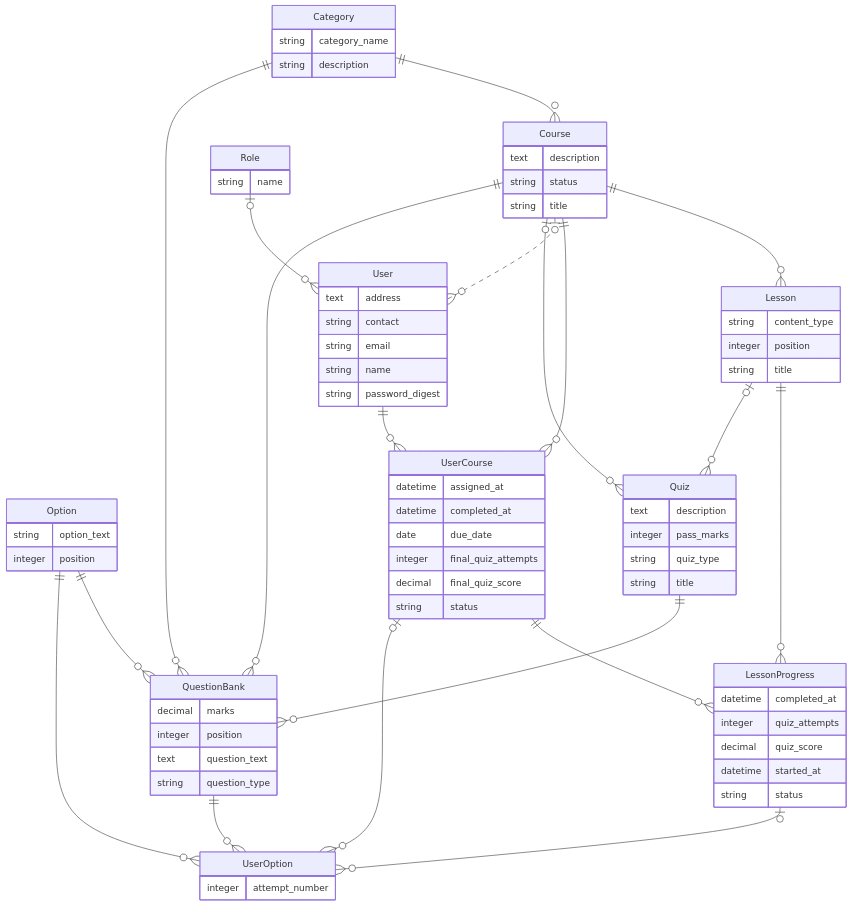
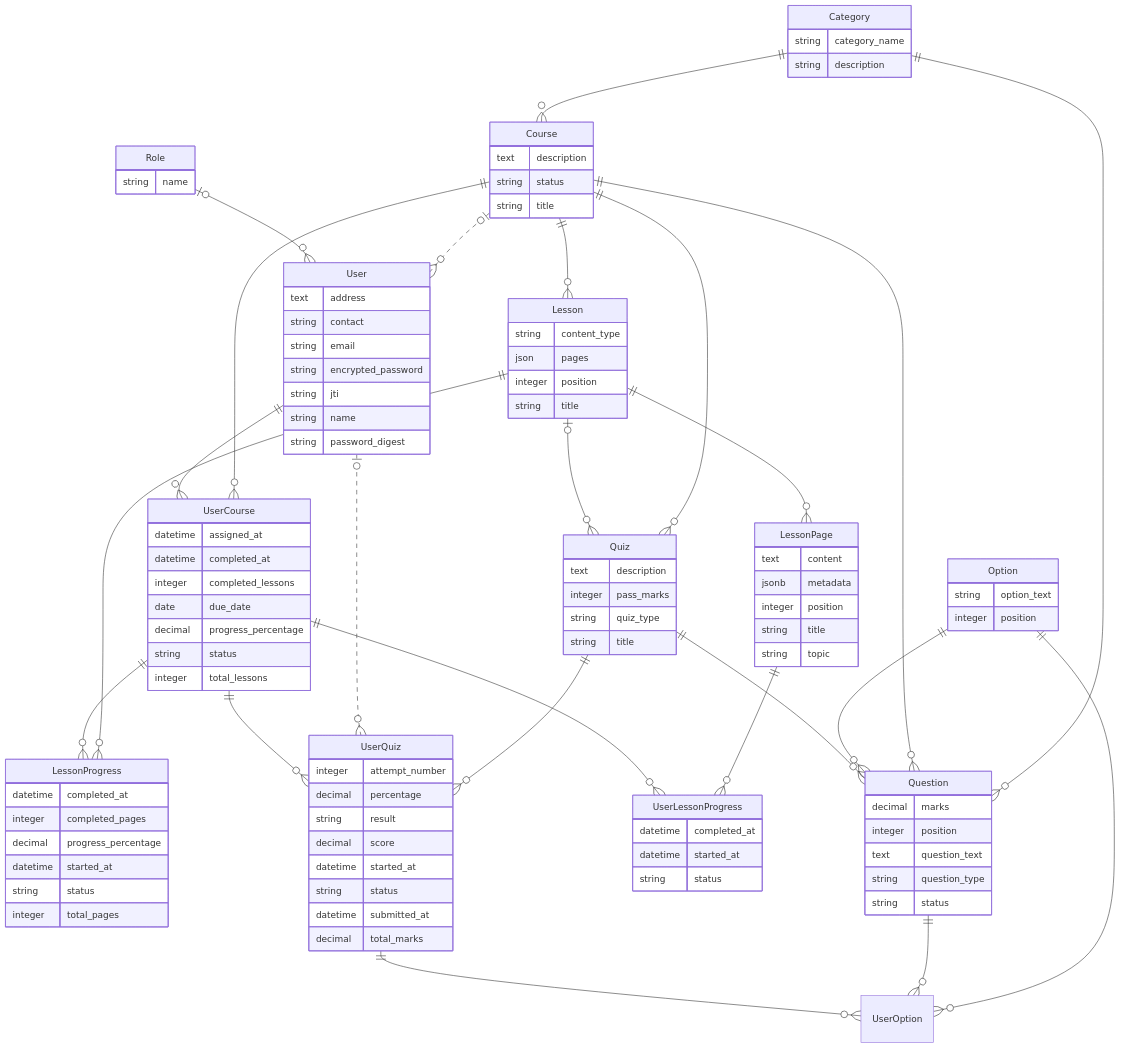
Before and after one commit to aayushisCode/Learning-Management-System---Ruby-On-Rails: the diagram in erd.mmd, drawn with Mermaid. The commit also changed 96 other files, not shown here.

```diff
--- a/erd.mmd
+++ b/erd.mmd
@@ -1,78 +1,110 @@
 erDiagram
 	direction TB
 	Category {
 		string category_name
 		string description
 	}
 	Course {
 		text description
 		string status
 		string title
 	}
 	Lesson {
 		string content_type
+		json pages
 		integer position
 		string title
 	}
+	LessonPage {
+		text content
+		jsonb metadata
+		integer position
+		string title
+		string topic
+	}
 	LessonProgress {
 		datetime completed_at
-		integer quiz_attempts
-		decimal quiz_score
+		integer completed_pages
+		decimal progress_percentage
 		datetime started_at
 		string status
+		integer total_pages
 	}
 	Option {
 		string option_text
 		integer position
 	}
-	QuestionBank {
+	Question {
 		decimal marks
 		integer position
 		text question_text
 		string question_type
+		string status
 	}
 	Quiz {
 		text description
 		integer pass_marks
 		string quiz_type
 		string title
 	}
 	Role {
 		string name
 	}
 	User {
 		text address
 		string contact
 		string email
+		string encrypted_password
+		string jti
 		string name
 		string password_digest
 	}
 	UserCourse {
 		datetime assigned_at
 		datetime completed_at
+		integer completed_lessons
 		date due_date
-		integer final_quiz_attempts
-		decimal final_quiz_score
+		decimal progress_percentage
+		string status
+		integer total_lessons
+	}
+	UserLessonProgress {
+		datetime completed_at
+		datetime started_at
 		string status
 	}
 	UserOption {
+	}
+	UserQuiz {
 		integer attempt_number
+		decimal percentage
+		string result
+		decimal score
+		datetime started_at
+		string status
+		datetime submitted_at
+		decimal total_marks
 	}
 	Category ||--}o Course : ""
-	Category ||--}o QuestionBank : ""
+	Category ||--}o Question : ""
 	Course ||--}o Lesson : ""
 	Course ||--}o UserCourse : ""
 	Course o|..}o User : ""
-	Course o|--}o Quiz : ""
+	Course ||--}o Quiz : ""
+	Course ||--}o Question : ""
 	Lesson ||--}o LessonProgress : ""
 	Lesson o|--}o Quiz : ""
+	Lesson ||--}o LessonPage : ""
+	LessonPage ||--}o UserLessonProgress : ""
 	UserCourse ||--}o LessonProgress : ""
-	LessonProgress o|--}o UserOption : ""
-	Option ||--}o QuestionBank : ""
+	Option ||--}o Question : ""
 	Option ||--}o UserOption : ""
-	Course ||--}o QuestionBank : ""
-	Quiz ||--}o QuestionBank : ""
-	QuestionBank ||--}o UserOption : ""
+	Quiz ||--}o Question : ""
+	Question ||--}o UserOption : ""
+	Quiz ||--}o UserQuiz : ""
 	Role o|--}o User : ""
 	User ||--}o UserCourse : ""
-	UserCourse o|--}o UserOption : ""
+	User o|..}o UserQuiz : ""
+	UserCourse ||--}o UserQuiz : ""
+	UserCourse ||--}o UserLessonProgress : ""
+	UserQuiz ||--}o UserOption : ""
```
